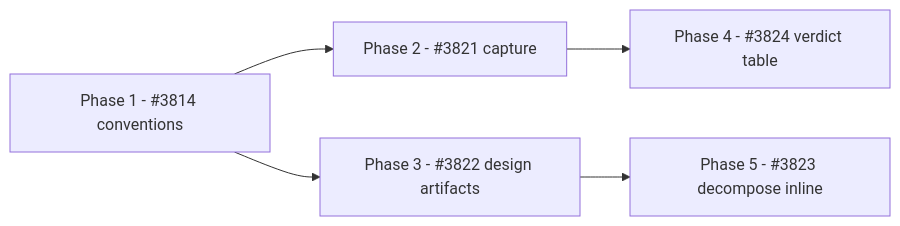
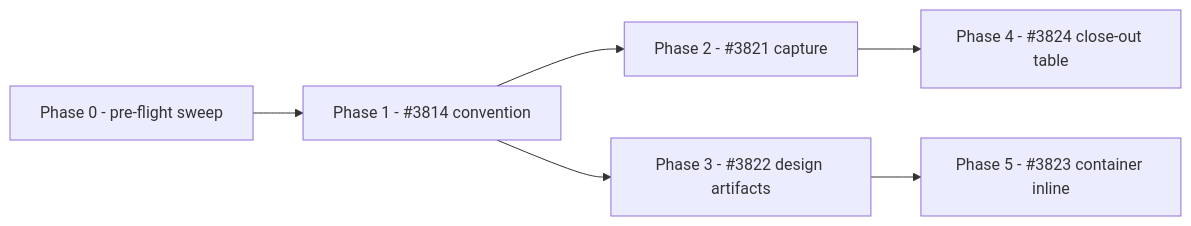
The diagram in docs/topics/typed-ticket-body/PLAN.md (melodic-software/claude-code-plugins), drawn with Mermaid before and after one commit. The commit also changed other lines of this file, not shown here.

````diff
--- a/docs/topics/typed-ticket-body/PLAN.md
+++ b/docs/topics/typed-ticket-body/PLAN.md
@@ -39,7 +62,8 @@
 ```mermaid
 graph LR
-  P1[Phase 1 - #3814 conventions] --> P2[Phase 2 - #3821 capture]
+  P0[Phase 0 - pre-flight sweep] --> P1[Phase 1 - #3814 convention]
+  P1 --> P2[Phase 2 - #3821 capture]
   P1 --> P3[Phase 3 - #3822 design artifacts]
-  P2 --> P4[Phase 4 - #3824 verdict table]
-  P3 --> P5[Phase 5 - #3823 decompose inline]
+  P2 --> P4[Phase 4 - #3824 close-out table]
+  P3 --> P5[Phase 5 - #3823 container inline]
 ```
````
